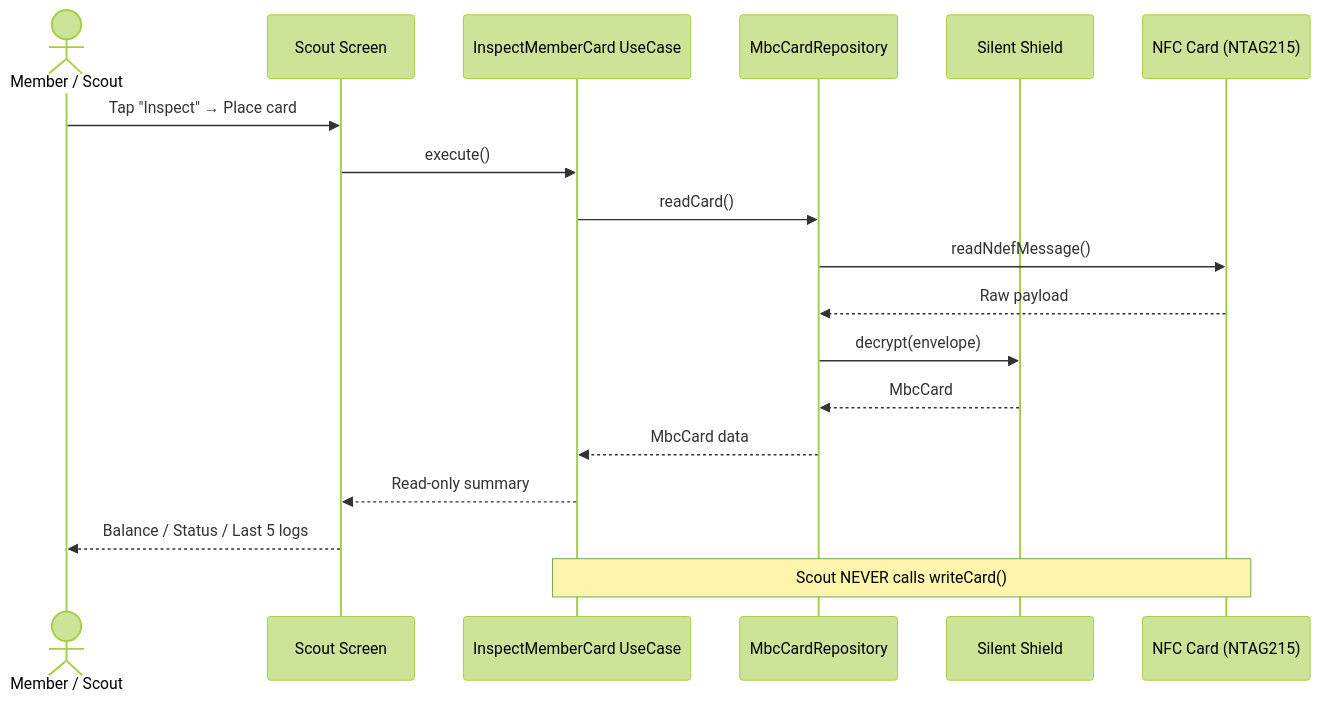
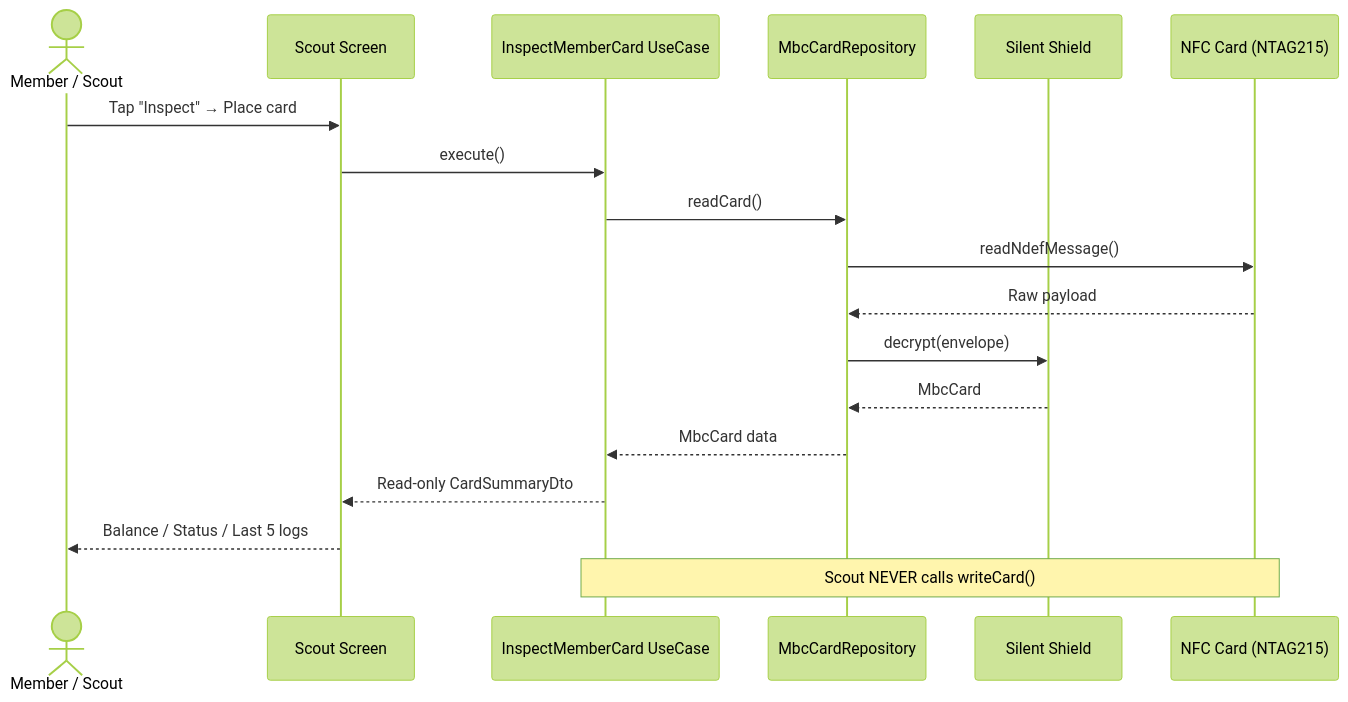
One commit to Schitzos/mbc-nfc changed the sixth of 15 diagrams in docs/PRESENTATION.md. Above: the diagram before and after it, drawn with Mermaid (forest theme). The commit also changed other lines of this file, not shown here.

````diff
--- a/docs/PRESENTATION.md
+++ b/docs/PRESENTATION.md
@@ -287,21 +279,21 @@
 ```mermaid
 sequenceDiagram
     actor Member as Member / Scout
     participant UI as Scout Screen
     participant UC as InspectMemberCard UseCase
     participant Repo as MbcCardRepository
     participant Shield as Silent Shield
     participant Card as NFC Card (NTAG215)
 
     Member->>UI: Tap "Inspect" → Place card
     UI->>UC: execute()
     UC->>Repo: readCard()
     Repo->>Card: readNdefMessage()
     Card-->>Repo: Raw payload
     Repo->>Shield: decrypt(envelope)
     Shield-->>Repo: MbcCard
     Repo-->>UC: MbcCard data
-    UC-->>UI: Read-only summary
+    UC-->>UI: Read-only CardSummaryDto
     UI-->>Member: Balance / Status / Last 5 logs
     Note over UC,Card: Scout NEVER calls writeCard()
 ```
````
